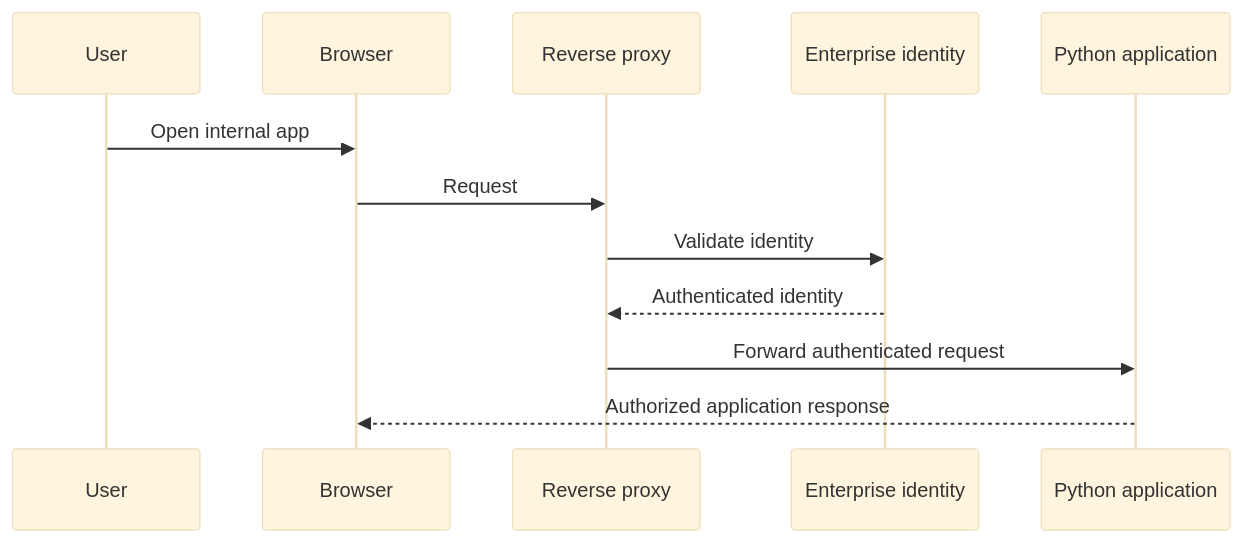
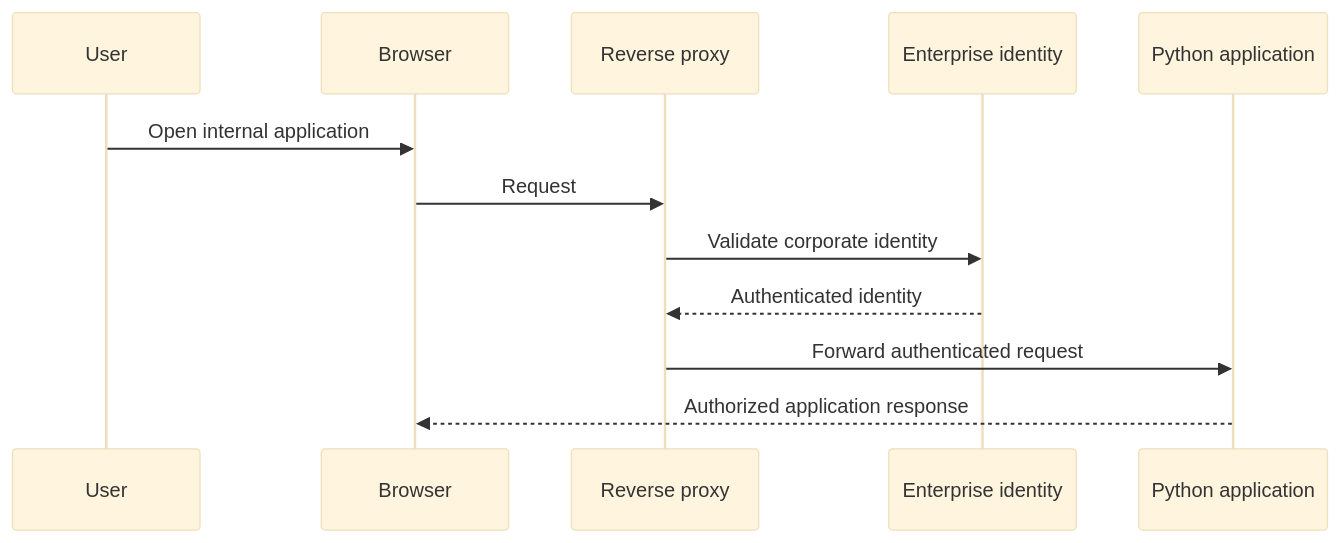
The tenth of 12 diagrams in docs/PLATFORM_ARCHITECTURE_EVOLUTION.md (4sy8zwp9hz-netizen/manufacturing-software-portfolio), drawn with Mermaid (base theme) before and after one commit. The commit also changed other lines of this file, not shown here.

````diff
--- a/docs/PLATFORM_ARCHITECTURE_EVOLUTION.md
+++ b/docs/PLATFORM_ARCHITECTURE_EVOLUTION.md
@@ -288,15 +519,15 @@
 ```mermaid
 sequenceDiagram
     participant User
     participant Browser
     participant Proxy as Reverse proxy
     participant AD as Enterprise identity
     participant App as Python application
 
-    User->>Browser: Open internal app
+    User->>Browser: Open internal application
     Browser->>Proxy: Request
-    Proxy->>AD: Validate identity
+    Proxy->>AD: Validate corporate identity
     AD-->>Proxy: Authenticated identity
     Proxy->>App: Forward authenticated request
     App-->>Browser: Authorized application response
 ```
````
